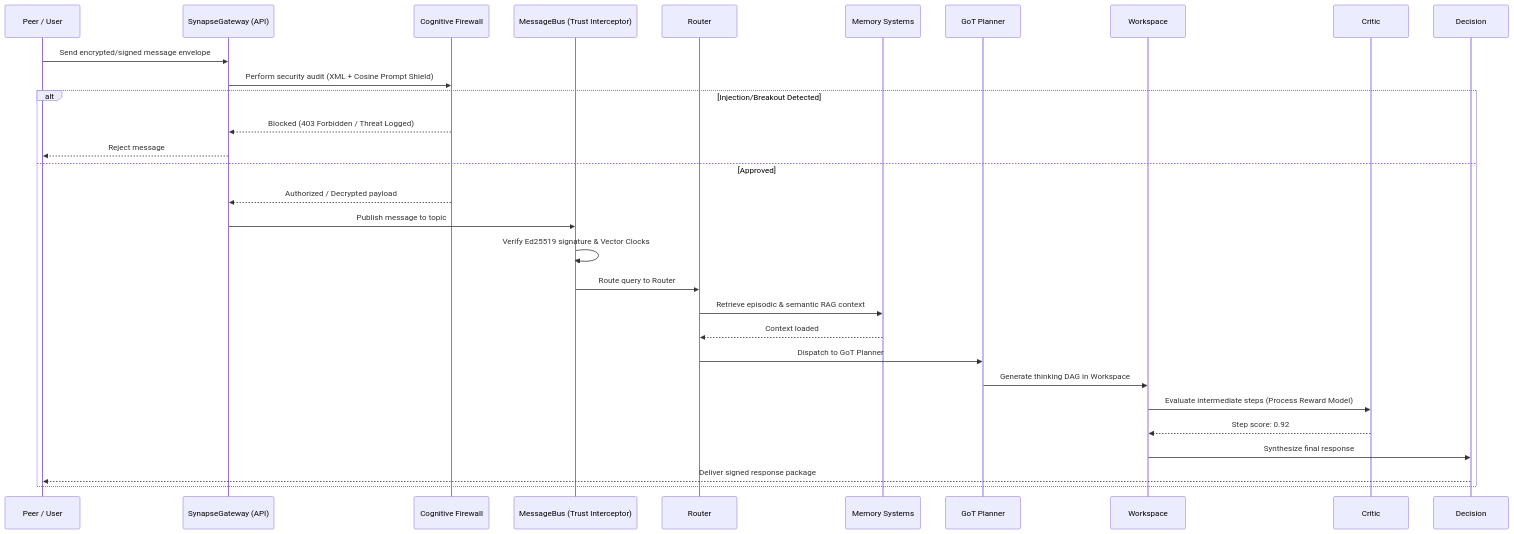
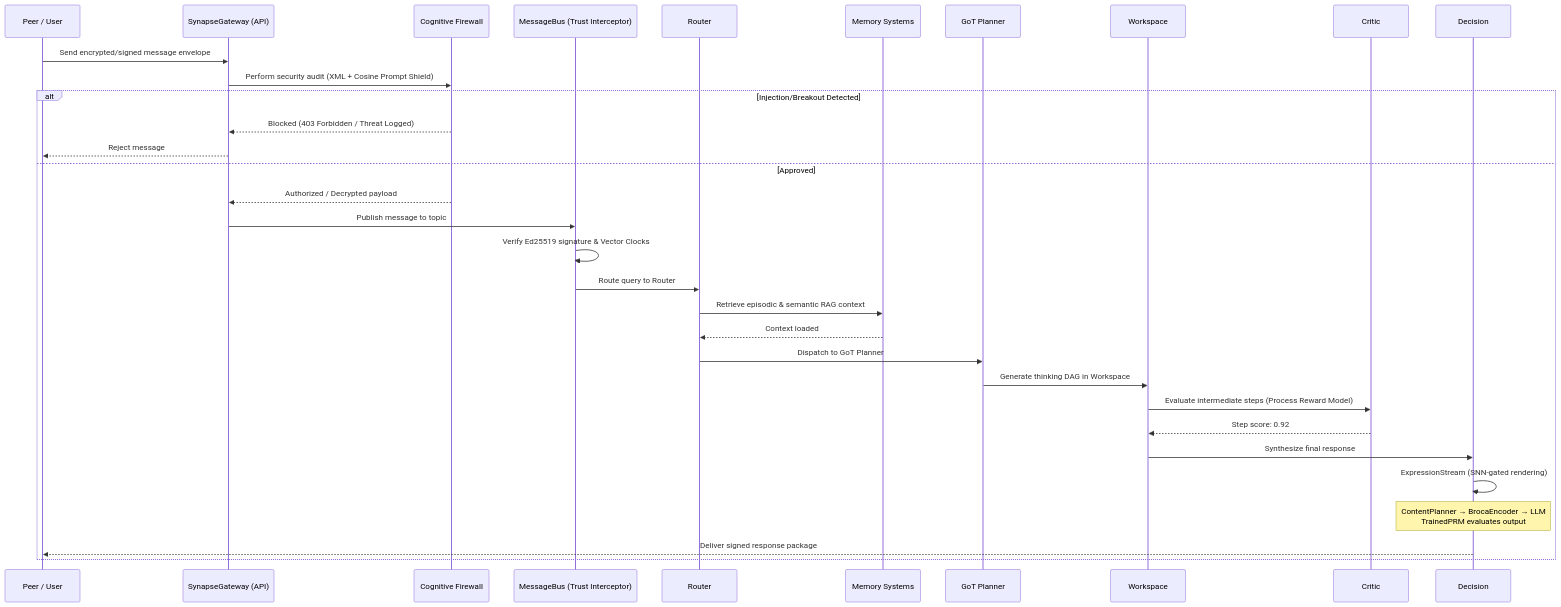
The second of 2 diagrams in docs/architecture/overview.md (HBLLM/hbllm-core), drawn with Mermaid before and after one commit. The commit also changed other lines of this file and 5 other files, not shown here.

First line of the commit message:
docs(core): audit and update all core/docs for SNN Cognitive Stream

````diff
--- a/docs/architecture/overview.md
+++ b/docs/architecture/overview.md
@@ -184,33 +209,35 @@
 ```mermaid
 sequenceDiagram
     participant P as Peer / User
     participant G as SynapseGateway (API)
     participant FW as Cognitive Firewall
     participant B as MessageBus (Trust Interceptor)
     participant R as Router
     participant M as Memory Systems
     participant Pn as GoT Planner
     participant W as Workspace
     participant C as Critic
     participant D as Decision
 
     P->>G: Send encrypted/signed message envelope
     G->>FW: Perform security audit (XML + Cosine Prompt Shield)
     alt Injection/Breakout Detected
         FW-->>G: Blocked (403 Forbidden / Threat Logged)
         G-->>P: Reject message
     else Approved
         FW-->>G: Authorized / Decrypted payload
         G->>B: Publish message to topic
         B->>B: Verify Ed25519 signature & Vector Clocks
         B->>R: Route query to Router
         R->>M: Retrieve episodic & semantic RAG context
         M-->>R: Context loaded
         R->>Pn: Dispatch to GoT Planner
         Pn->>W: Generate thinking DAG in Workspace
         W->>C: Evaluate intermediate steps (Process Reward Model)
         C-->>W: Step score: 0.92
         W->>D: Synthesize final response
+        D->>D: ExpressionStream (SNN-gated rendering)
+        Note over D: ContentPlanner → BrocaEncoder → LLM<br/>TrainedPRM evaluates output
         D-->>P: Deliver signed response package
     end
 ```
````
